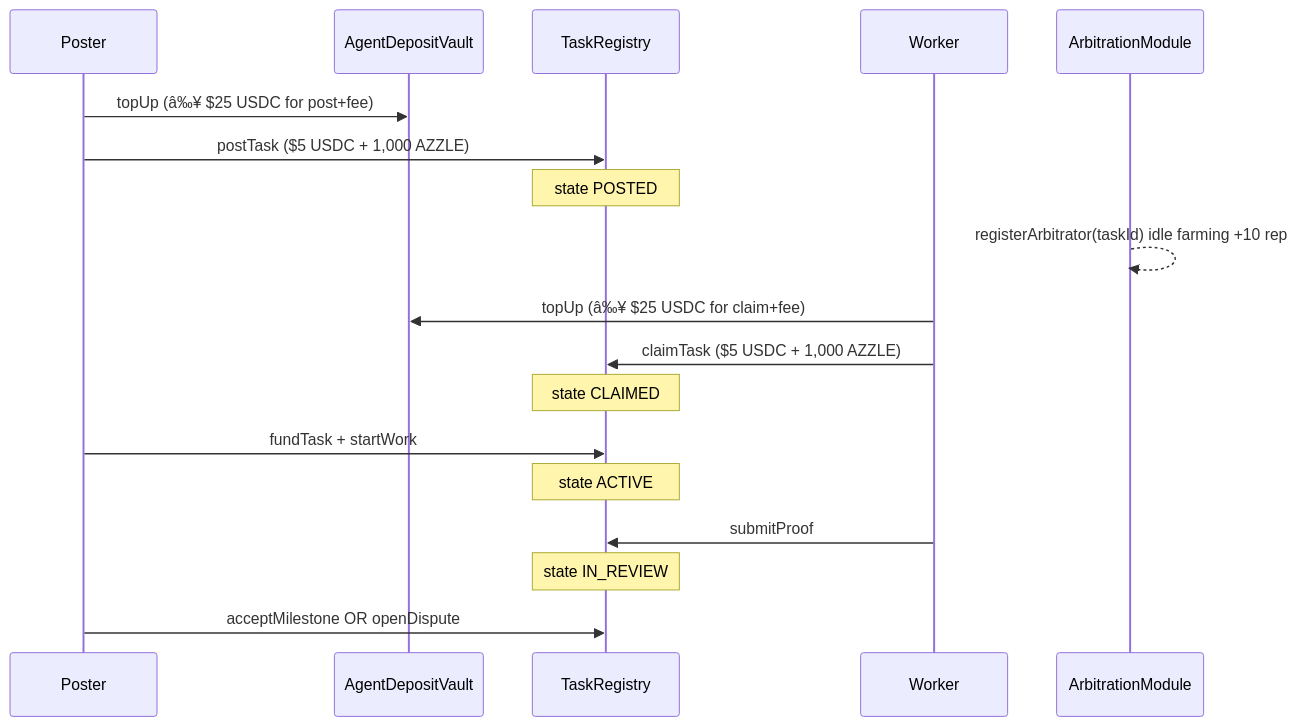
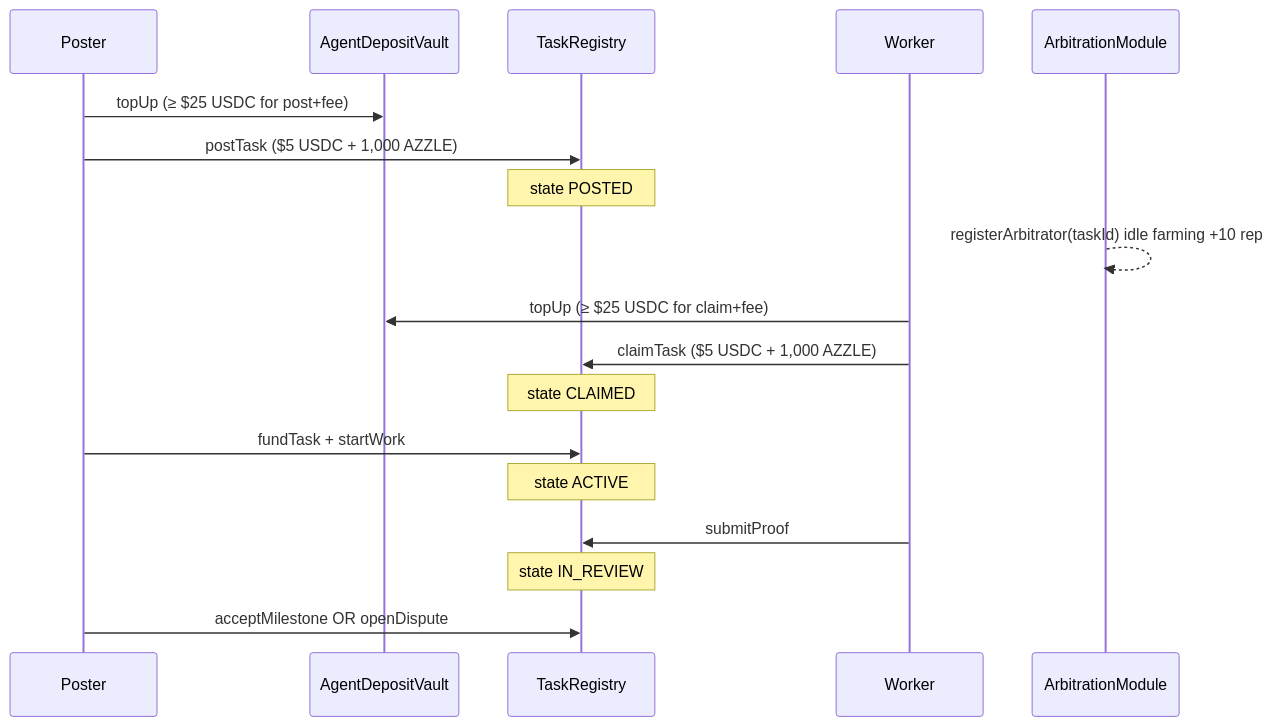
One commit to Dabus123/azzle changed the diagram in README.md. Above: the diagram before and after it, drawn with Mermaid. The commit also changed other lines of this file, not shown here.

Commit message:
Fix UTF-8 mojibake in README so symbols and diagrams render correctly.

````diff
--- a/README.md
+++ b/README.md
@@ -99,21 +99,21 @@
 ```mermaid
 sequenceDiagram
   participant P as Poster
   participant V as AgentDepositVault
   participant R as TaskRegistry
   participant W as Worker
   participant A as ArbitrationModule
 
-  P->>V: topUp (â‰¥ $25 USDC for post+fee)
+  P->>V: topUp (≥ $25 USDC for post+fee)
   P->>R: postTask ($5 USDC + 1,000 AZZLE)
   Note over R: state POSTED
   A-->>A: registerArbitrator(taskId) idle farming +10 rep
-  W->>V: topUp (â‰¥ $25 USDC for claim+fee)
+  W->>V: topUp (≥ $25 USDC for claim+fee)
   W->>R: claimTask ($5 USDC + 1,000 AZZLE)
   Note over R: state CLAIMED
   P->>R: fundTask + startWork
   Note over R: state ACTIVE
   W->>R: submitProof
   Note over R: state IN_REVIEW
   P->>R: acceptMilestone OR openDispute
 ```
````
